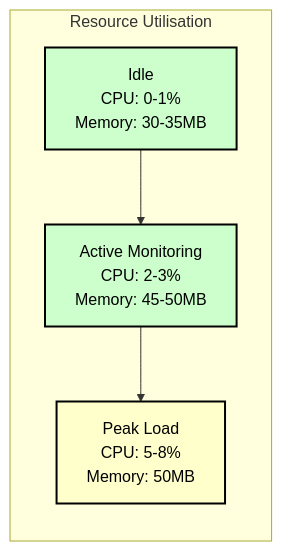
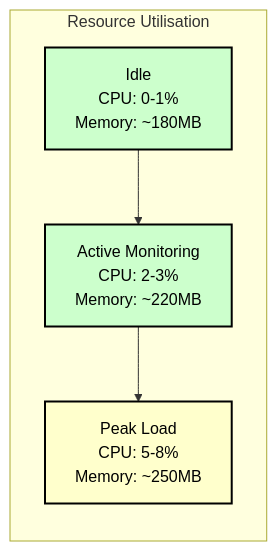
Before and after one commit to Interlaken0/temperature-plotter: diagram 19 of 23 in PORTFOLIO-EVIDENCE.md, drawn with Mermaid. The commit also changed other lines of this file and 6 other files, not shown here.

````diff
--- a/PORTFOLIO-EVIDENCE.md
+++ b/PORTFOLIO-EVIDENCE.md
@@ -1978,11 +1978,11 @@
 ```mermaid
 graph LR
     subgraph "Resource Utilisation"
-        A[Idle<br/>CPU: 0-1%<br/>Memory: 30-35MB] --> B[Active Monitoring<br/>CPU: 2-3%<br/>Memory: 45-50MB]
-        B --> C[Peak Load<br/>CPU: 5-8%<br/>Memory: 50MB]
+        A[Idle<br/>CPU: 0-1%<br/>Memory: ~180MB] --> B[Active Monitoring<br/>CPU: 2-3%<br/>Memory: ~220MB]
+        B --> C[Peak Load<br/>CPU: 5-8%<br/>Memory: ~250MB]
     end
     
     style A fill:#ccffcc,stroke:#000,stroke-width:2px,color:#000
     style B fill:#ccffcc,stroke:#000,stroke-width:2px,color:#000
     style C fill:#ffffcc,stroke:#000,stroke-width:2px,color:#000
 ```
````
